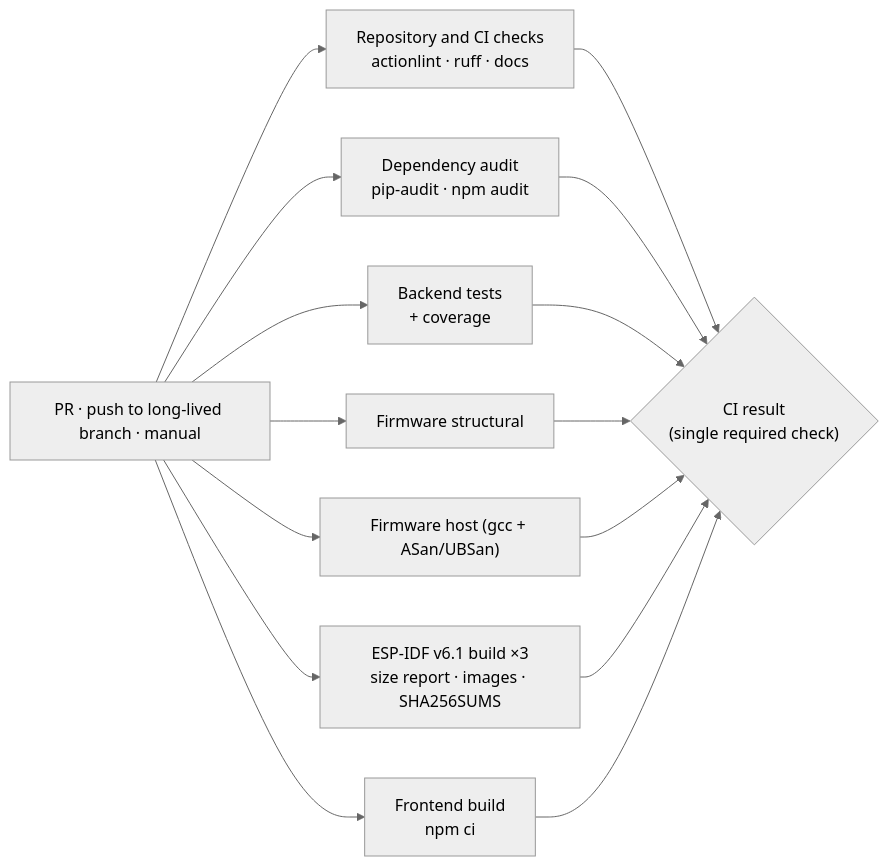
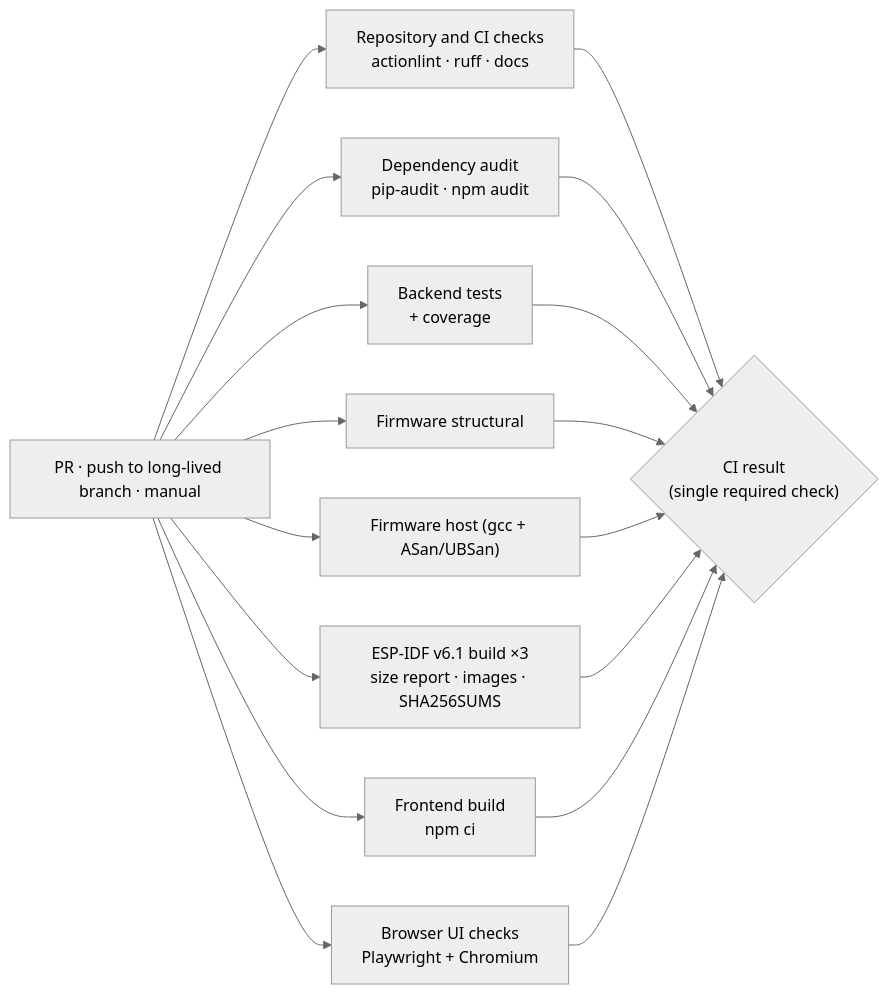
One commit to Kush-Kelaiya22/imPress changed the second of 2 diagrams in docs/guides/testing.md. Above: the diagram before and after it, drawn with Mermaid (neutral theme). The commit also changed other lines of this file and 10 other files, not shown here.

````diff
--- a/docs/guides/testing.md
+++ b/docs/guides/testing.md
@@ -195,11 +215,12 @@
 ```mermaid
 flowchart LR
     T["PR · push to long-lived branch · manual"] --> R["Repository and CI checks<br/>actionlint · ruff · docs"]
     T --> A["Dependency audit<br/>pip-audit · npm audit"]
     T --> B["Backend tests<br/>+ coverage"]
     T --> S["Firmware structural"]
     T --> H["Firmware host (gcc + ASan/UBSan)"]
     T --> I["ESP-IDF v6.1 build ×3<br/>size report · images · SHA256SUMS"]
     T --> F["Frontend build<br/>npm ci"]
-    R & A & B & S & H & I & F --> G{"CI result<br/>(single required check)"}
+    T --> U["Browser UI checks<br/>Playwright + Chromium"]
+    R & A & B & S & H & I & F & U --> G{"CI result<br/>(single required check)"}
 ```
````
